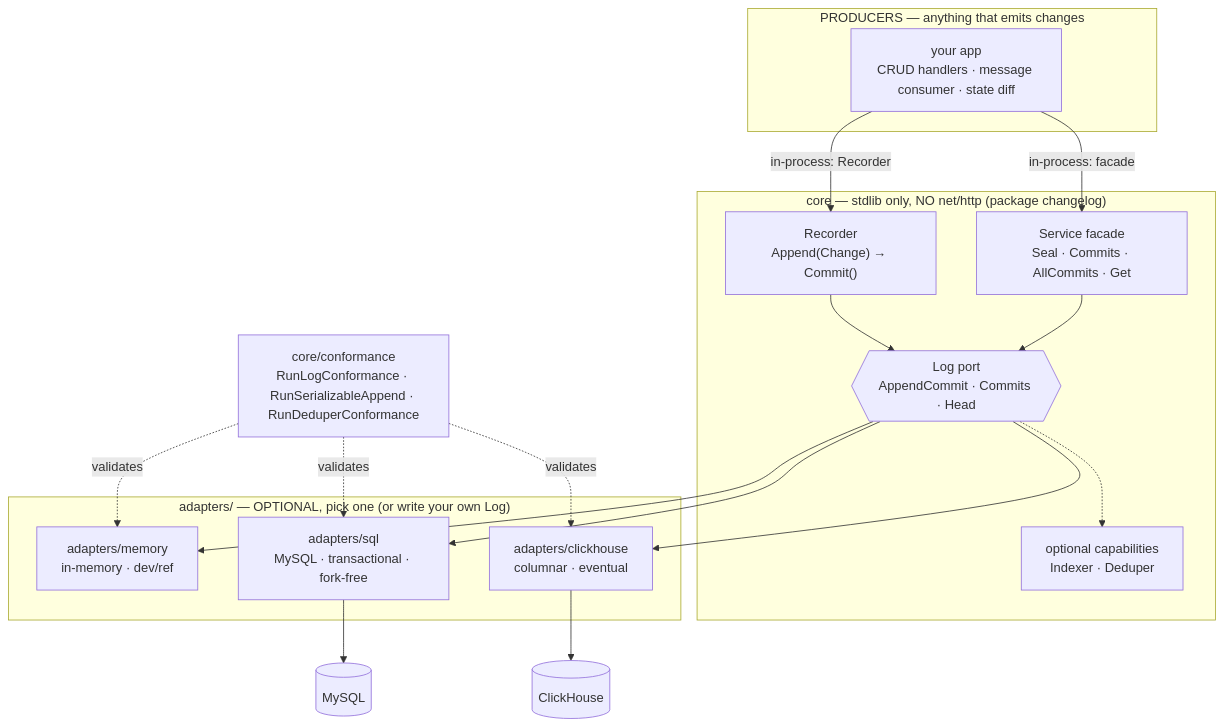
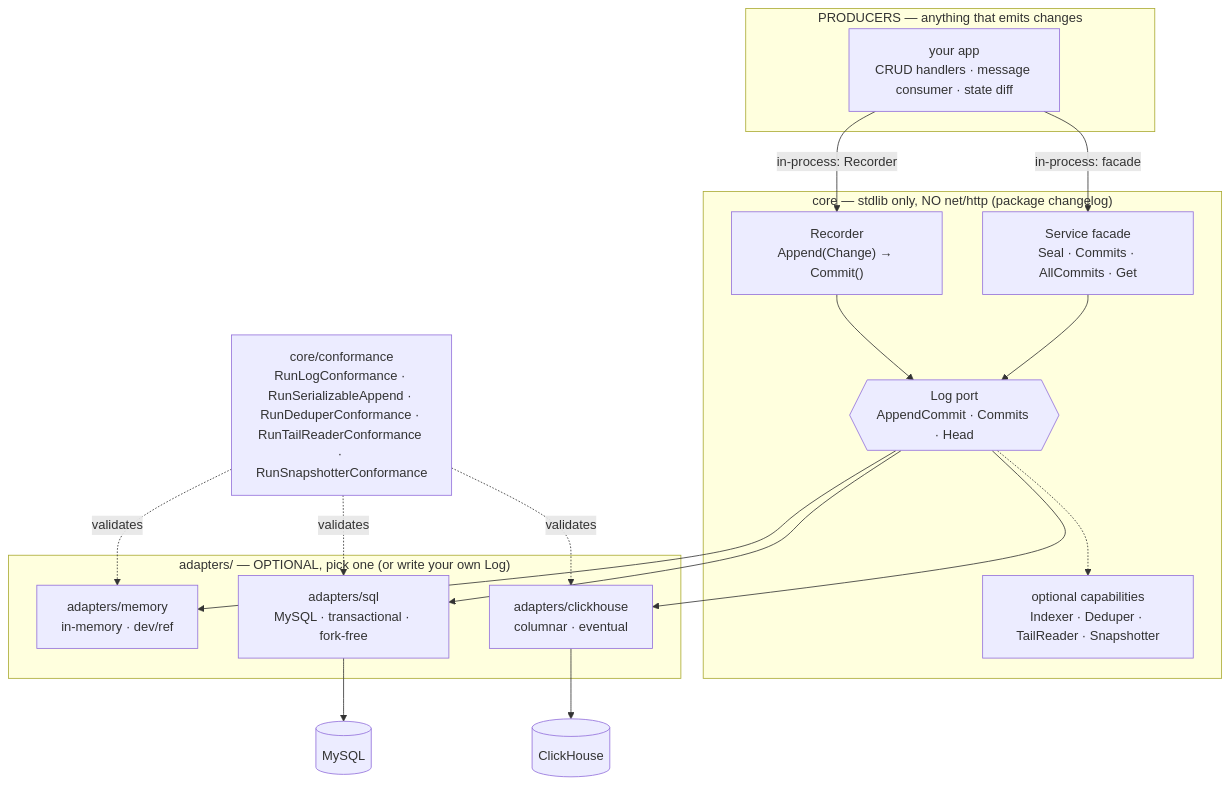
One commit to zdirnecamlcs96/chronicle changed the diagram in README.md. Above: the diagram before and after it, drawn with Mermaid. The commit also changed other lines of this file and 27 other files, not shown here.

````diff
--- a/README.md
+++ b/README.md
@@ -34,37 +34,37 @@
 ```mermaid
 flowchart TB
     subgraph L1["PRODUCERS — anything that emits changes"]
         APP["your app<br/>CRUD handlers · message consumer · state diff"]
     end
 
     subgraph L2["core — stdlib only, NO net/http (package changelog)"]
         REC["Recorder<br/>Append(Change) → Commit()"]
         SVC["Service facade<br/>Seal · Commits · AllCommits · Get"]
         PORT{{"Log port<br/>AppendCommit · Commits · Head"}}
-        CAP["optional capabilities<br/>Indexer · Deduper"]
+        CAP["optional capabilities<br/>Indexer · Deduper · TailReader · Snapshotter"]
         REC --> PORT
         SVC --> PORT
         PORT -.-> CAP
     end
 
     subgraph L3["adapters/ — OPTIONAL, pick one (or write your own Log)"]
         MEM["adapters/memory<br/>in-memory · dev/ref"]
         SQL["adapters/sql<br/>MySQL · transactional · fork-free"]
         CH["adapters/clickhouse<br/>columnar · eventual"]
     end
 
     DBA[("MySQL")]
     DBB[("ClickHouse")]
-    CONF["core/conformance<br/>RunLogConformance · RunSerializableAppend · RunDeduperConformance"]
+    CONF["core/conformance<br/>RunLogConformance · RunSerializableAppend · RunDeduperConformance · RunTailReaderConformance · RunSnapshotterConformance"]
 
     APP -->|in-process: Recorder| REC
     APP -->|in-process: facade| SVC
     PORT --> MEM
     PORT --> SQL
     PORT --> CH
     SQL --> DBA
     CH --> DBB
     CONF -. validates .-> MEM
     CONF -. validates .-> SQL
     CONF -. validates .-> CH
 ```
````
